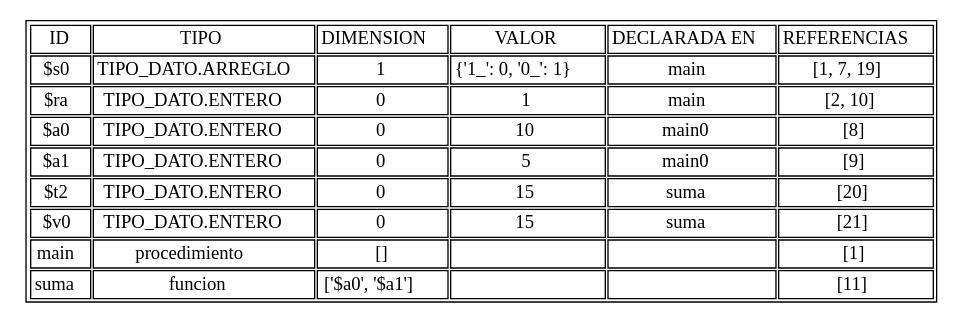
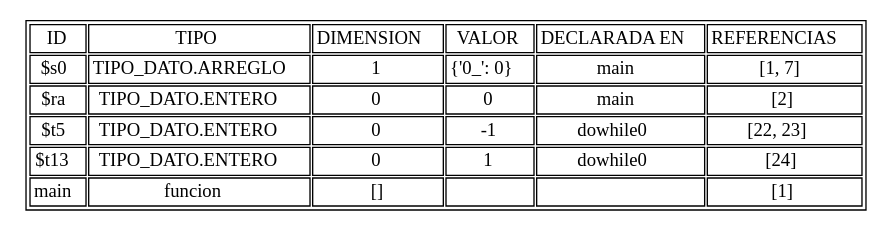
Before and after one commit to LudwinGit/MinorC: the diagram in btree.gv, drawn with Graphviz. The commit also changed 6 other files, not shown here.

```diff
--- a/btree.gv
+++ b/btree.gv
@@ -1,12 +1,12 @@
 digraph g {
 	node [height=.1 shape=plaintext]
 	table [label=<<TABLE>
                             <TR>
                                 <TD>ID</TD>
                                 <TD>TIPO</TD>
                                 <TD>DIMENSION</TD>
                                 <TD>VALOR</TD>
                                 <TD>DECLARADA EN</TD>
                                 <TD>REFERENCIAS</TD>
-                            </TR><TR><TD>$s0</TD><TD>TIPO_DATO.ARREGLO</TD><TD>1</TD><TD>{'1_': 0, '0_': 1}</TD><TD>main</TD><TD>[1, 7, 19]</TD></TR><TR><TD>$ra</TD><TD>TIPO_DATO.ENTERO</TD><TD>0</TD><TD>1</TD><TD>main</TD><TD>[2, 10]</TD></TR><TR><TD>$a0</TD><TD>TIPO_DATO.ENTERO</TD><TD>0</TD><TD>10</TD><TD>main0</TD><TD>[8]</TD></TR><TR><TD>$a1</TD><TD>TIPO_DATO.ENTERO</TD><TD>0</TD><TD>5</TD><TD>main0</TD><TD>[9]</TD></TR><TR><TD>$t2</TD><TD>TIPO_DATO.ENTERO</TD><TD>0</TD><TD>15</TD><TD>suma</TD><TD>[20]</TD></TR><TR><TD>$v0</TD><TD>TIPO_DATO.ENTERO</TD><TD>0</TD><TD>15</TD><TD>suma</TD><TD>[21]</TD></TR><TR><TD>main</TD><TD>procedimiento</TD><TD>[]</TD><TD></TD><TD></TD><TD>[1]</TD></TR><TR><TD>suma</TD><TD>funcion</TD><TD>['$a0', '$a1']</TD><TD></TD><TD></TD><TD>[11]</TD></TR></TABLE>>]
+                            </TR><TR><TD>$s0</TD><TD>TIPO_DATO.ARREGLO</TD><TD>1</TD><TD>{'0_': 0}</TD><TD>main</TD><TD>[1, 7]</TD></TR><TR><TD>$ra</TD><TD>TIPO_DATO.ENTERO</TD><TD>0</TD><TD>0</TD><TD>main</TD><TD>[2]</TD></TR><TR><TD>$t5</TD><TD>TIPO_DATO.ENTERO</TD><TD>0</TD><TD>-1</TD><TD>dowhile0</TD><TD>[22, 23]</TD></TR><TR><TD>$t13</TD><TD>TIPO_DATO.ENTERO</TD><TD>0</TD><TD>1</TD><TD>dowhile0</TD><TD>[24]</TD></TR><TR><TD>main</TD><TD>funcion</TD><TD>[]</TD><TD></TD><TD></TD><TD>[1]</TD></TR></TABLE>>]
 }
```
